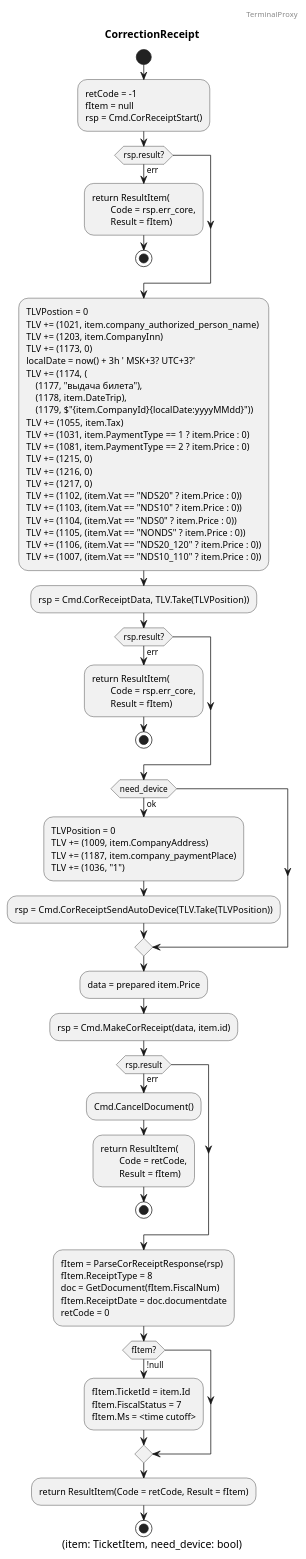
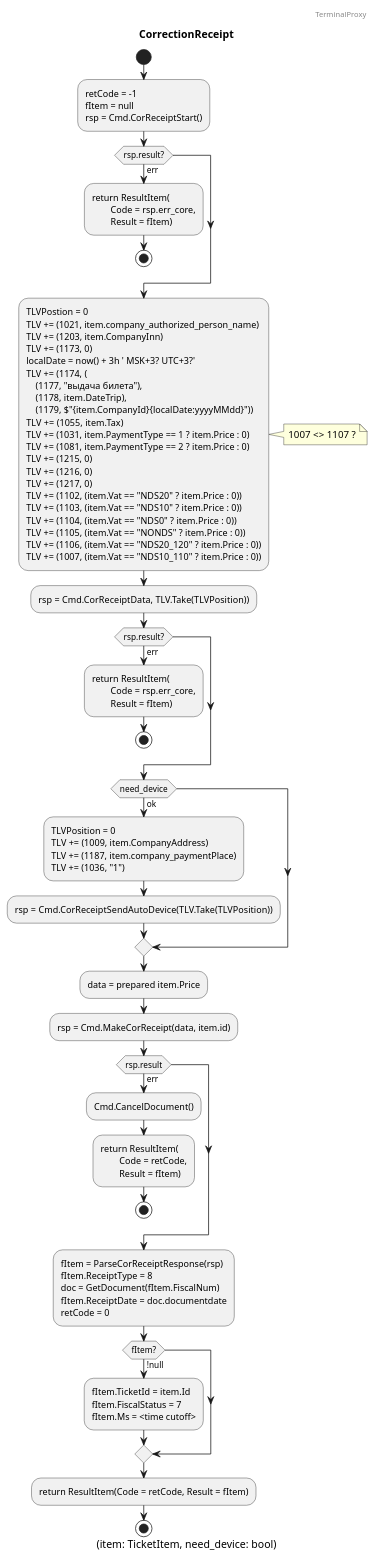
Before and after one commit to tieugene/kitpos: the diagram in doc/tp.cr.puml, drawn with PlantUML. The commit also changed 3 other files, not shown here.

```diff
--- a/doc/tp.cr.puml
+++ b/doc/tp.cr.puml
@@ -1,77 +1,78 @@
 @startuml
 
 header TerminalProxy
 
 title CorrectionReceipt
 caption (item: TicketItem, need_device: bool)
 
 start
 
 :retCode = -1
 fItem = null
 rsp = Cmd.CorReceiptStart();
 if (rsp.result?) then (err)
 	:return ResultItem(
 		Code = rsp.err_core,
 		Result = fItem);
 	stop
 endif
 :TLVPostion = 0
 TLV += (1021, item.company_authorized_person_name)
 TLV += (1203, item.CompanyInn)
 TLV += (1173, 0)
 localDate = now() + 3h ' MSK+3? UTC+3?'
 TLV += (1174, (
     (1177, "выдача билета"),
     (1178, item.DateTrip),
     (1179, $"{item.CompanyId}{localDate:yyyyMMdd}"))
 TLV += (1055, item.Tax)
 TLV += (1031, item.PaymentType == 1 ? item.Price : 0)
 TLV += (1081, item.PaymentType == 2 ? item.Price : 0)
 TLV += (1215, 0)
 TLV += (1216, 0)
 TLV += (1217, 0)
 TLV += (1102, (item.Vat == "NDS20" ? item.Price : 0))
 TLV += (1103, (item.Vat == "NDS10" ? item.Price : 0))
 TLV += (1104, (item.Vat == "NDS0" ? item.Price : 0))
 TLV += (1105, (item.Vat == "NONDS" ? item.Price : 0))
 TLV += (1106, (item.Vat == "NDS20_120" ? item.Price : 0))
 TLV += (1007, (item.Vat == "NDS10_110" ? item.Price : 0));
+note right: 1007 <> 1107 ?
 :rsp = Cmd.CorReceiptData, TLV.Take(TLVPosition));
 if (rsp.result?) then (err)
 	:return ResultItem(
 		Code = rsp.err_core,
 		Result = fItem);
 	stop
 endif
 if (need_device) then (ok)
 	:TLVPosition = 0
 	TLV += (1009, item.CompanyAddress)
 	TLV += (1187, item.company_paymentPlace)
 	TLV += (1036, "1");
 	:rsp = Cmd.CorReceiptSendAutoDevice(TLV.Take(TLVPosition));
 endif
 :data = prepared item.Price;
 :rsp = Cmd.MakeCorReceipt(data, item.id);
 if (rsp.result) then (err)
 	:Cmd.CancelDocument();
 	:return ResultItem(
 		Code = retCode,
 		Result = fItem);
 	stop
 endif
 :fItem = ParseCorReceiptResponse(rsp)
 fItem.ReceiptType = 8
 doc = GetDocument(fItem.FiscalNum)
 fItem.ReceiptDate = doc.documentdate
 retCode = 0;
 if (fItem?) then (!null)
 	:fItem.TicketId = item.Id
 	fItem.FiscalStatus = 7
 	fItem.Ms = <time cutoff>;
 endif
 :return ResultItem(Code = retCode, Result = fItem);
 
 stop
 
 @enduml
```
